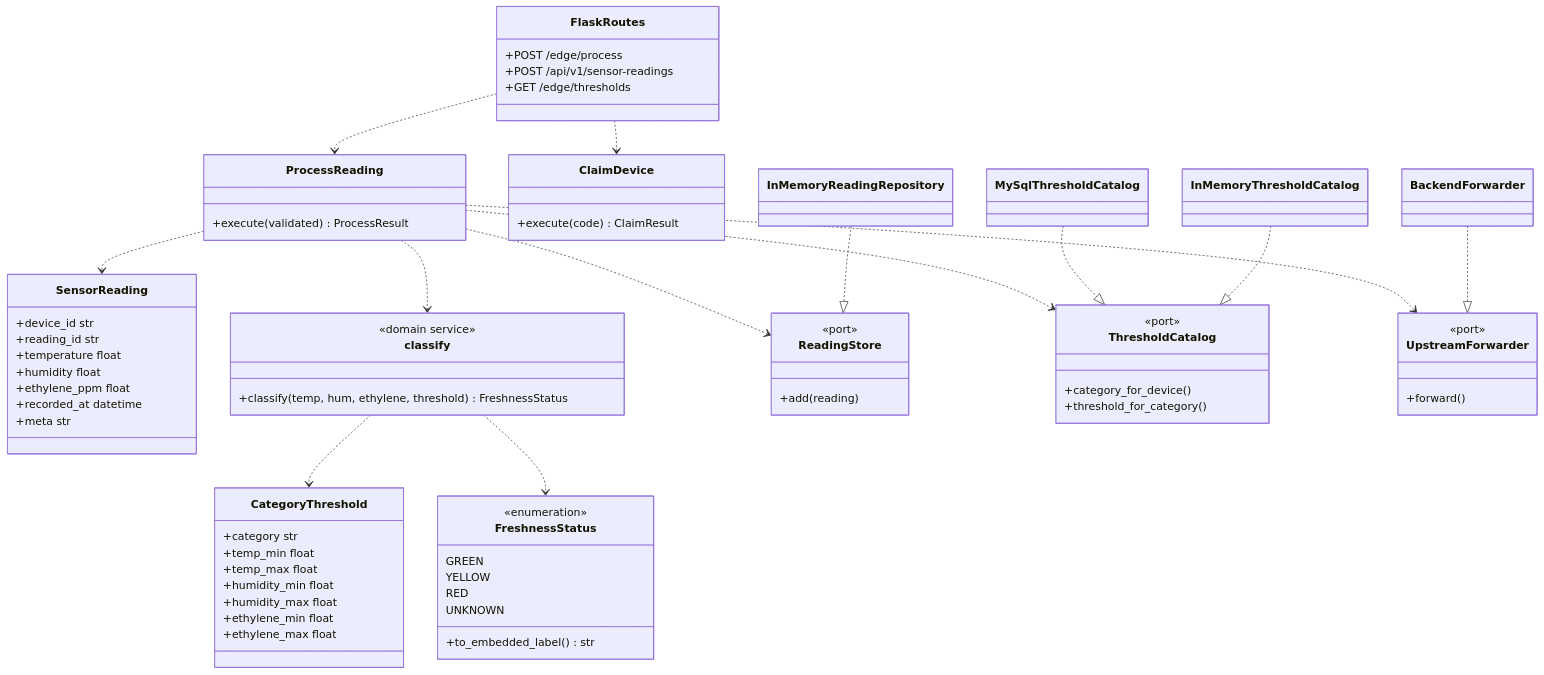
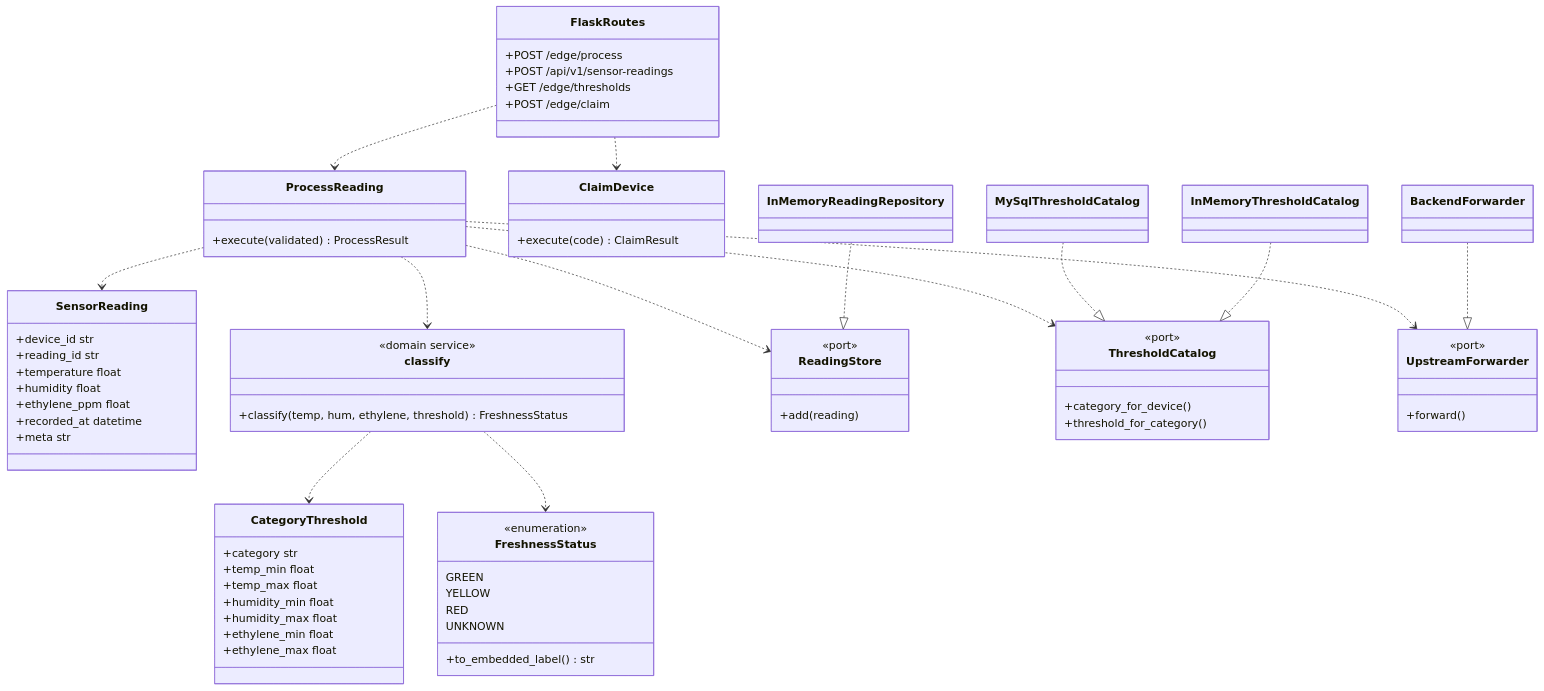
The first of 2 diagrams in docs/diagrama-de-clases.md (1ASI0572-2620-8725/Freshsense-EDGE), drawn with Mermaid before and after one commit. The commit also changed other lines of this file and 3 other files, not shown here.

```diff
--- a/docs/diagrama-de-clases.md
+++ b/docs/diagrama-de-clases.md
@@ -85,6 +89,7 @@
     +POST /edge/process
     +POST /api/v1/sensor-readings
     +GET /edge/thresholds
+    +POST /edge/claim
   }
 
   ProcessReading ..> SensorReading
```
